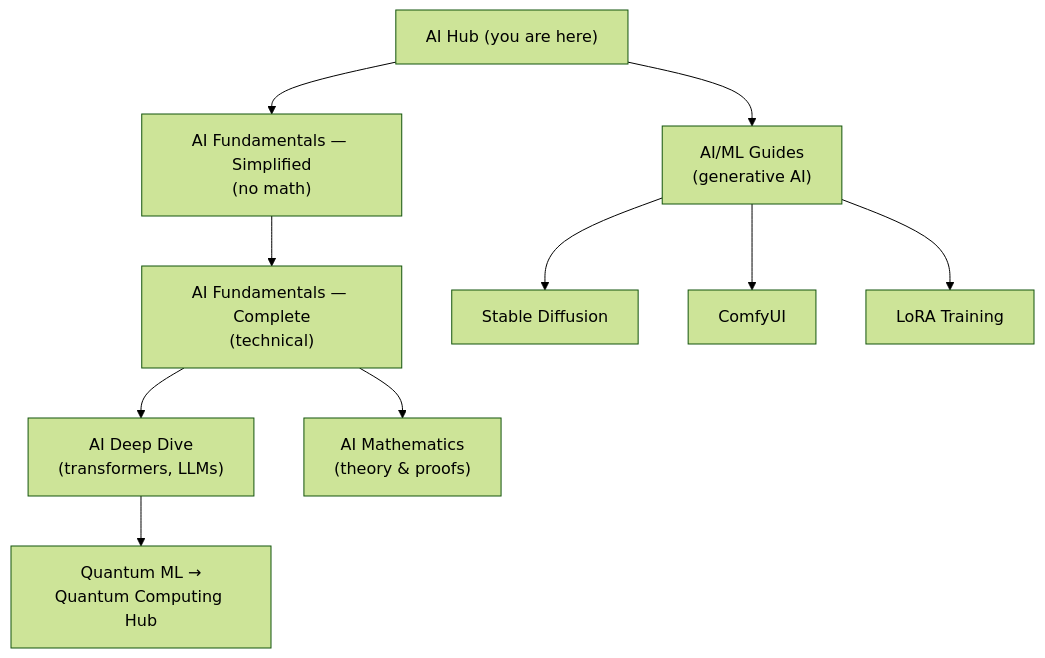
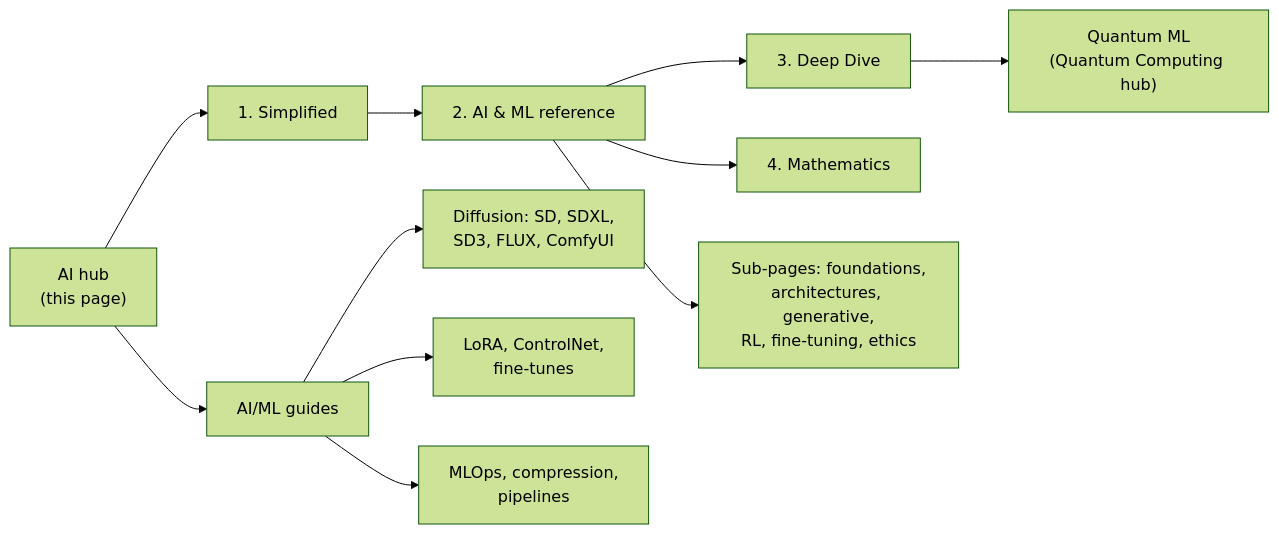
The second of 4 diagrams in github-pages/docs/artificial-intelligence/index.md (AndrewAltimit/Documentation), drawn with Mermaid (forest theme) before and after one commit. The commit also changed other lines of this file and 240 other files, not shown here.

````diff
--- a/github-pages/docs/artificial-intelligence/index.md
+++ b/github-pages/docs/artificial-intelligence/index.md
@@ -26,12 +51,13 @@
 ```mermaid
-flowchart TD
-    Hub["AI Hub (you are here)"] --> Simple["AI Fundamentals — Simplified<br/>(no math)"]
-    Simple --> Complete["AI Fundamentals — Complete<br/>(technical)"]
-    Complete --> Deep["AI Deep Dive<br/>(transformers, LLMs)"]
-    Complete --> Math["AI Mathematics<br/>(theory & proofs)"]
-    Hub --> Practice["AI/ML Guides<br/>(generative AI)"]
-    Practice --> SD["Stable Diffusion"]
-    Practice --> Comfy["ComfyUI"]
-    Practice --> LoRA["LoRA Training"]
-    Deep --> QML["Quantum ML →<br/>Quantum Computing Hub"]
+flowchart LR
+    Hub["AI hub<br/>(this page)"] --> L1["1. Simplified"]
+    L1 --> L2["2. AI & ML reference"]
+    L2 --> L3["3. Deep Dive"]
+    L2 --> L4["4. Mathematics"]
+    L2 --> Sub["Sub-pages: foundations,<br/>architectures, generative,<br/>RL, fine-tuning, ethics"]
+    Hub --> Guides["AI/ML guides"]
+    Guides --> Img["Diffusion: SD, SDXL,<br/>SD3, FLUX, ComfyUI"]
+    Guides --> Train["LoRA, ControlNet,<br/>fine-tunes"]
+    Guides --> Prod["MLOps, compression,<br/>pipelines"]
+    L3 --> QML["Quantum ML<br/>(Quantum Computing hub)"]
 ```
````
